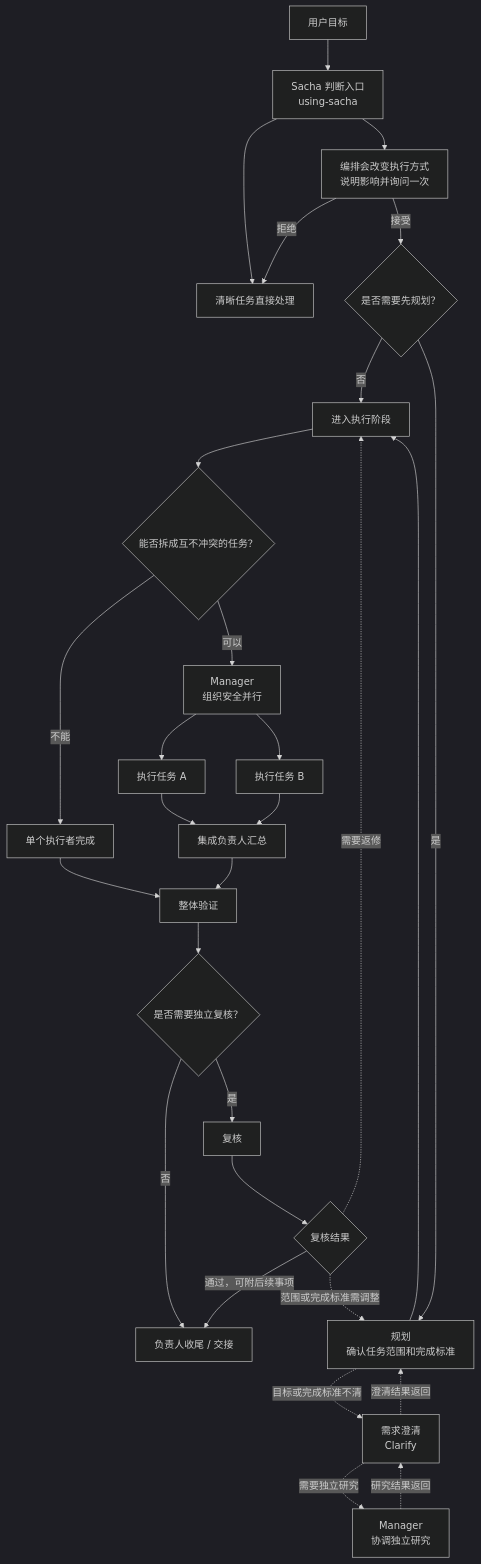
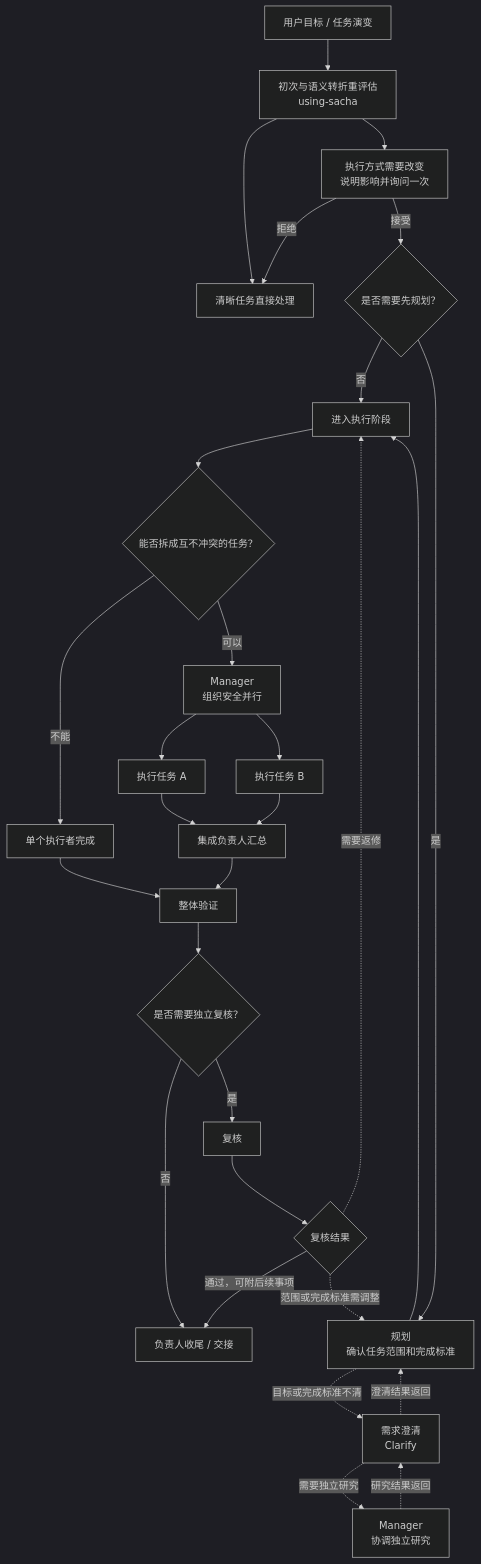
Before and after one commit to yyqrc/SachaOrchestra: the first of 2 diagrams in plugins/sacha-orchestra/README.md, drawn with Mermaid (dark theme). The commit also changed other lines of this file and 31 other files, not shown here.

````diff
--- a/plugins/sacha-orchestra/README.md
+++ b/plugins/sacha-orchestra/README.md
@@ -9,8 +9,8 @@
 ```mermaid
 flowchart TD
-    U["用户目标"] --> S["Sacha 判断入口<br/>using-sacha"]; S --> L["清晰任务直接处理"]; S --> Q["编排会改变执行方式<br/>说明影响并询问一次"]; Q -->|"拒绝"| L; Q -->|"接受"| PG{"是否需要先规划？"}
+    U["用户目标 / 任务演变"] --> S["初次与语义转折重评估<br/>using-sacha"]; S --> L["清晰任务直接处理"]; S --> Q["执行方式需要改变<br/>说明影响并询问一次"]; Q -->|"拒绝"| L; Q -->|"接受"| PG{"是否需要先规划？"}
     PG -->|"否"| E["进入执行阶段"]; PG -->|"是"| P["规划<br/>确认任务范围和完成标准"]; P --> E; E --> EQ{"能否拆成互不冲突的任务？"}; EQ -->|"不能"| SE["单个执行者完成"]; EQ -->|"可以"| M["Manager<br/>组织安全并行"]
     M --> A["执行任务 A"]; M --> B["执行任务 B"]; A --> I["集成负责人汇总"]; B --> I; SE --> IV["整体验证"]; I --> IV; IV --> RG{"是否需要独立复核？"}; RG -->|"否"| C["负责人收尾 / 交接"]; RG -->|"是"| R["复核"]
     R --> V{"复核结果"}; V -->|"通过，可附后续事项"| C; V -.->|"需要返修"| E; V -.->|"范围或完成标准需调整"| P
     P -.->|"目标或完成标准不清"| CL["需求澄清<br/>Clarify"]; CL -.->|"澄清结果返回"| P; CL -.->|"需要独立研究"| RM["Manager<br/>协调独立研究"]; RM -.->|"研究结果返回"| CL
 ```
````
